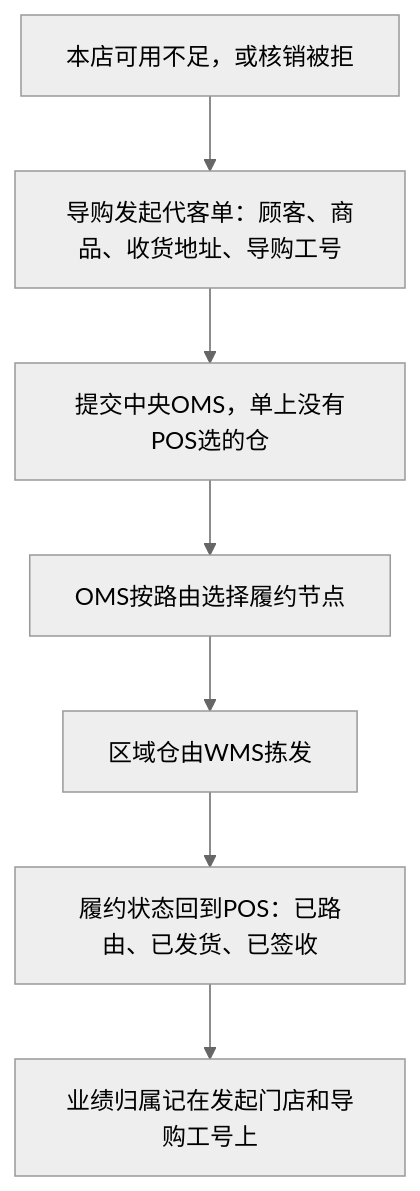
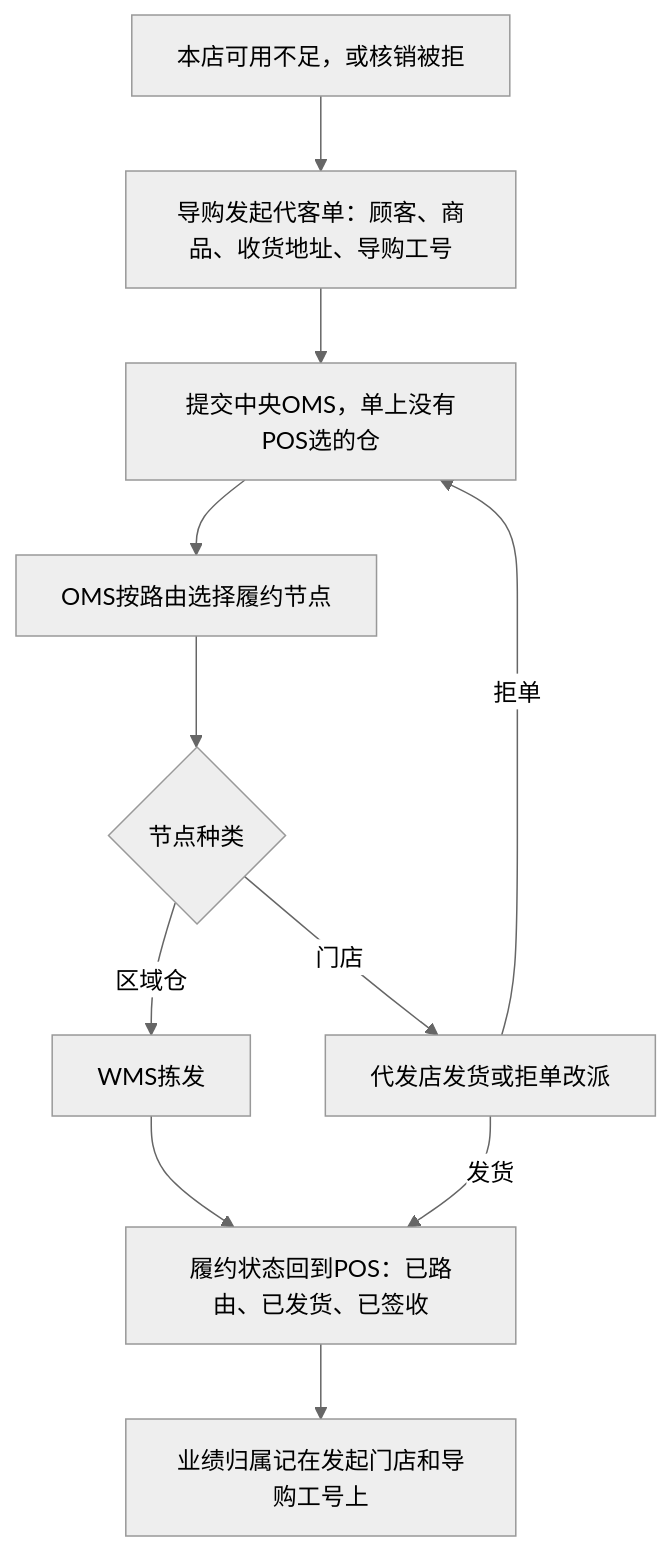
Before and after one commit to TopVitamin/QS-POS-Project: the sixth of 9 diagrams in 09-产品原型/前端设计说明.md, drawn with Mermaid (neutral theme). The commit also changed other lines of this file and 42 other files, not shown here.

````diff
--- a/09-产品原型/前端设计说明.md
+++ b/09-产品原型/前端设计说明.md
@@ -229,9 +230,13 @@
 ```mermaid
 flowchart TD
   A[本店可用不足，或核销被拒] --> B[导购发起代客单：顾客、商品、收货地址、导购工号]
   B --> C[提交中央OMS，单上没有POS选的仓]
   C --> D[OMS按路由选择履约节点]
-  D --> E[区域仓由WMS拣发]
-  E --> F[履约状态回到POS：已路由、已发货、已签收]
-  F --> G[业绩归属记在发起门店和导购工号上]
+  D --> E{节点种类}
+  E -- 区域仓 --> F[WMS拣发]
+  E -- 门店 --> G[代发店发货或拒单改派]
+  G -- 拒单 --> C
+  F --> H[履约状态回到POS：已路由、已发货、已签收]
+  G -- 发货 --> H
+  H --> I[业绩归属记在发起门店和导购工号上]
 ```
````
